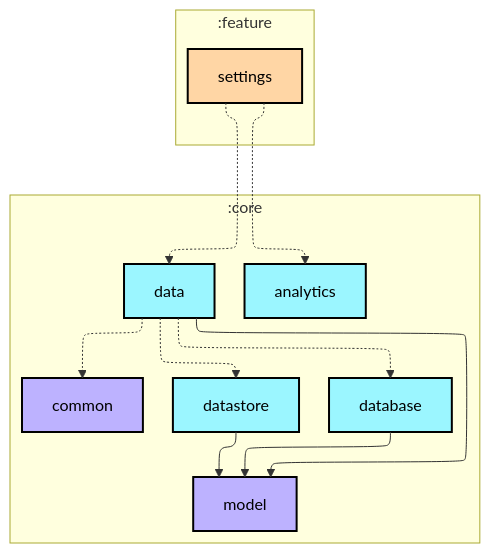
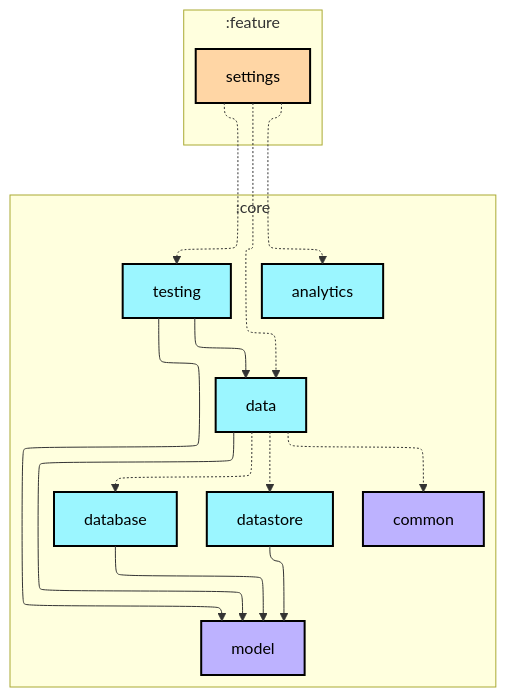
Before and after one commit to Sunior-k/walklog: the first of 2 diagrams in feature/settings/README.md, drawn with Mermaid. The commit also changed other lines of this file and 46 other files, not shown here.

````diff
--- a/feature/settings/README.md
+++ b/feature/settings/README.md
@@ -14,38 +14,42 @@
 ```mermaid
 ---
 config:
   layout: elk
   elk:
     nodePlacementStrategy: SIMPLE
 ---
 graph TB
   subgraph :feature
     direction TB
     :feature:settings[settings]:::android-feature
   end
 
   subgraph :core
     direction TB
     :core:data[data]:::android-library
     :core:database[database]:::android-library
     :core:datastore[datastore]:::android-library
     :core:common[common]:::jvm-library
     :core:model[model]:::jvm-library
     :core:analytics[analytics]:::android-library
+    :core:testing[testing]:::android-library
   end
 
   :feature:settings -.-> :core:data
   :feature:settings -.-> :core:analytics
+  :feature:settings -.-> :core:testing
   :core:data --> :core:model
   :core:data -.-> :core:database
   :core:data -.-> :core:datastore
   :core:data -.-> :core:common
   :core:database --> :core:model
   :core:datastore --> :core:model
+  :core:testing --> :core:data
+  :core:testing --> :core:model
 
 classDef android-application fill:#CAFFBF,stroke:#000,stroke-width:2px,color:#000;
 classDef android-feature fill:#FFD6A5,stroke:#000,stroke-width:2px,color:#000;
 classDef android-library fill:#9BF6FF,stroke:#000,stroke-width:2px,color:#000;
 classDef android-test fill:#A0C4FF,stroke:#000,stroke-width:2px,color:#000;
 classDef jvm-library fill:#BDB2FF,stroke:#000,stroke-width:2px,color:#000;
 ```
````
